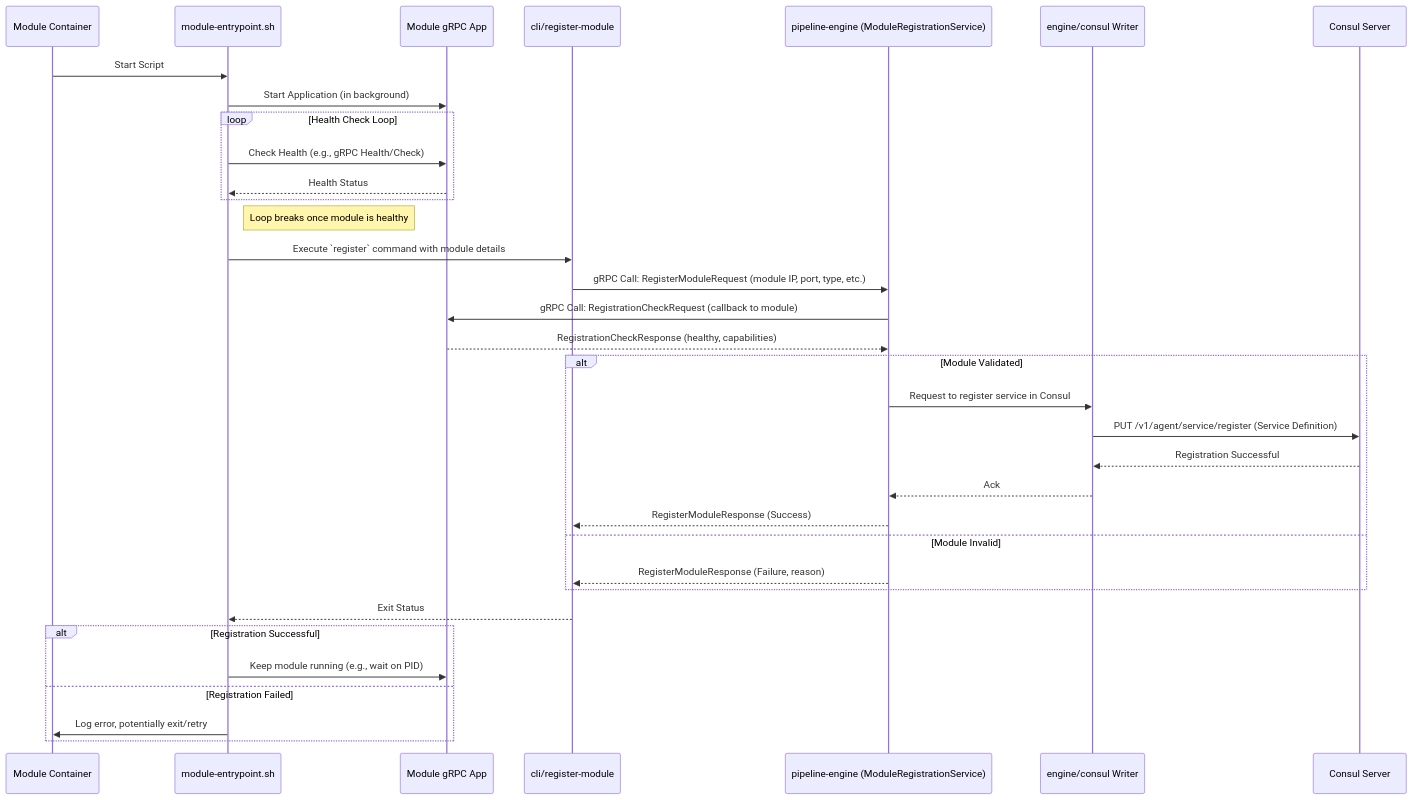
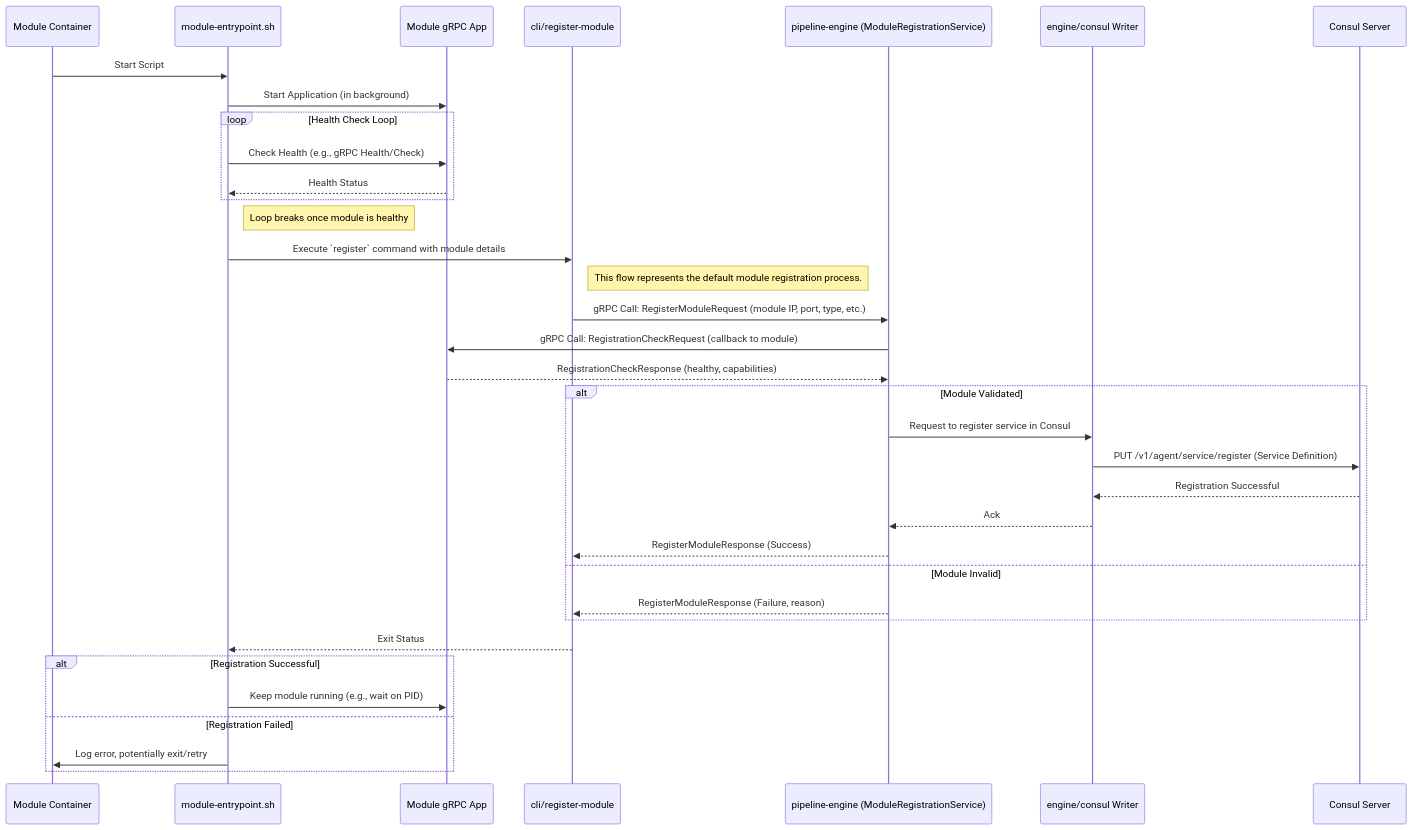
One commit to krickert/rokkon changed the diagram in ARCHITECTURE/Module_deployment.md. Above: the diagram before and after it, drawn with Mermaid. The commit also changed other lines of this file and 9 other files, not shown here.

````diff
--- a/ARCHITECTURE/Module_deployment.md
+++ b/ARCHITECTURE/Module_deployment.md
@@ -136,40 +136,41 @@
 ```mermaid
 sequenceDiagram
     participant Container as Module Container
     participant EntrypointScript as module-entrypoint.sh
     participant ModuleApp as Module gRPC App
     participant PipelineCLI as cli/register-module
     participant PipelineEngine as pipeline-engine (ModuleRegistrationService)
     participant EngineConsul as engine/consul Writer
     participant Consul as Consul Server
 
     Container ->> EntrypointScript: Start Script
     EntrypointScript ->> ModuleApp: Start Application (in background)
     loop Health Check Loop
         EntrypointScript ->> ModuleApp: Check Health (e.g., gRPC Health/Check)
         ModuleApp -->> EntrypointScript: Health Status
     end
     note right of EntrypointScript: Loop breaks once module is healthy
     EntrypointScript ->> PipelineCLI: Execute `register` command with module details
+    note right of PipelineCLI: This flow represents the default module registration process.
     PipelineCLI ->> PipelineEngine: gRPC Call: RegisterModuleRequest (module IP, port, type, etc.)
 
     PipelineEngine ->> ModuleApp: gRPC Call: RegistrationCheckRequest (callback to module)
     ModuleApp -->> PipelineEngine: RegistrationCheckResponse (healthy, capabilities)
 
     alt Module Validated
         PipelineEngine ->> EngineConsul: Request to register service in Consul
         EngineConsul ->> Consul: PUT /v1/agent/service/register (Service Definition)
         Consul -->> EngineConsul: Registration Successful
         EngineConsul -->> PipelineEngine: Ack
         PipelineEngine -->> PipelineCLI: RegisterModuleResponse (Success)
     else Module Invalid
         PipelineEngine -->> PipelineCLI: RegisterModuleResponse (Failure, reason)
     end
 
     PipelineCLI -->> EntrypointScript: Exit Status
     alt Registration Successful
         EntrypointScript ->> ModuleApp: Keep module running (e.g., wait on PID)
     else Registration Failed
         EntrypointScript ->> Container: Log error, potentially exit/retry
     end
 ```
````
